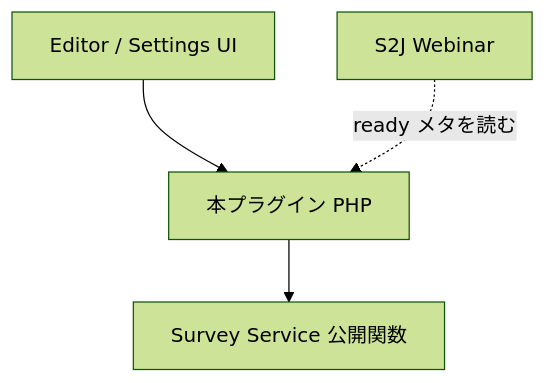
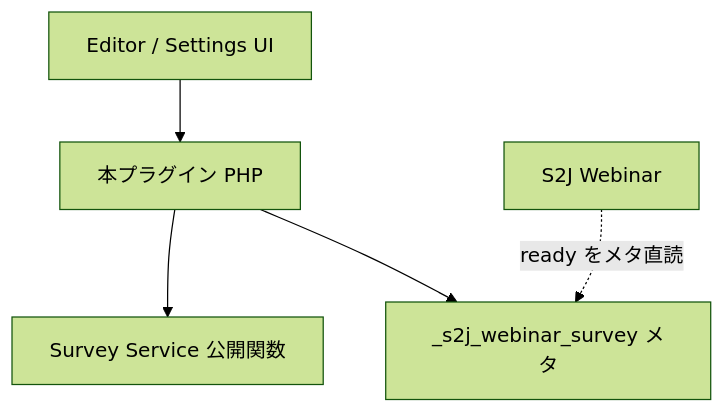
The diagram in docs/principles.md (stein2nd/s2j-webinar-survey), drawn with Mermaid (forest theme) before and after one commit. The commit also changed other lines of this file and 11 other files, not shown here.

````diff
--- a/docs/principles.md
+++ b/docs/principles.md
@@ -26,6 +26,7 @@
 ```mermaid
 flowchart TD
   A["Editor / Settings UI"] --> B["本プラグイン PHP"]
   B --> C["Survey Service 公開関数"]
-  D["S2J Webinar"] -.->|"ready メタを読む"| B
+  B --> M["_s2j_webinar_survey メタ"]
+  D["S2J Webinar"] -.->|"ready をメタ直読"| M
 ```
````
